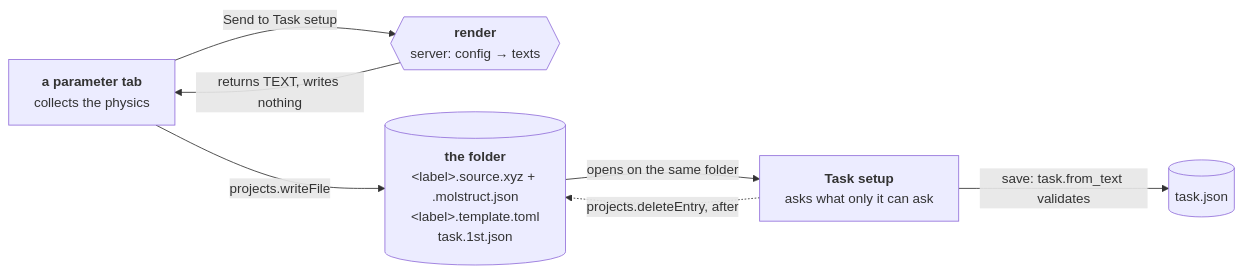
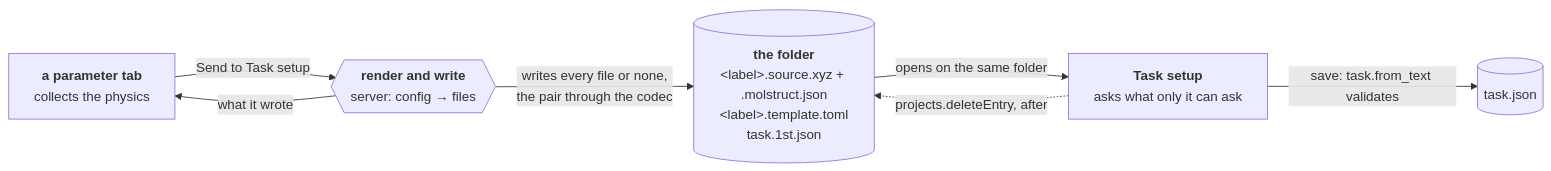
Before and after one commit to Qing-LAB/molbuilder: the diagram in docs/web/handover-procedure.md, drawn with Mermaid. The commit also changed other lines of this file and 35 other files, not shown here.

````diff
--- a/docs/web/handover-procedure.md
+++ b/docs/web/handover-procedure.md
@@ -47,14 +47,14 @@
 ```mermaid
 flowchart LR
   P["<b>a parameter tab</b><br/>collects the physics"]
-  R{{"<b>render</b><br/>server: config → texts"}}
+  R{{"<b>render and write</b><br/>server: config → files"}}
   W[("<b>the folder</b><br/>&lt;label&gt;.source.xyz + .molstruct.json<br/>&lt;label&gt;.template.toml<br/>task.1st.json")]
   T["<b>Task setup</b><br/>asks what only it can ask"]
   D[("task.json")]
   P -->|"Send to Task setup"| R
-  R -->|"returns TEXT, writes nothing"| P
-  P -->|"projects.writeFile"| W
+  R -->|"writes every file or none,<br/>the pair through the codec"| W
+  R -->|"what it wrote"| P
   W -->|"opens on the same folder"| T
   T -->|"save: task.from_text validates"| D
   T -.->|"projects.deleteEntry, after"| W
 ```
````
